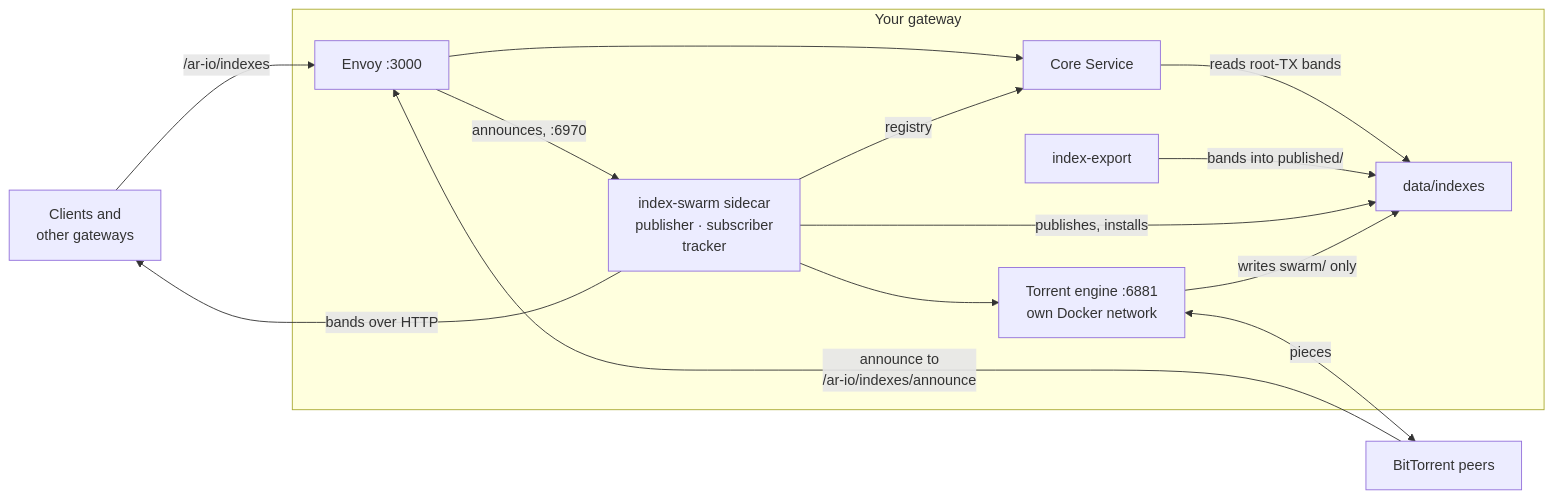
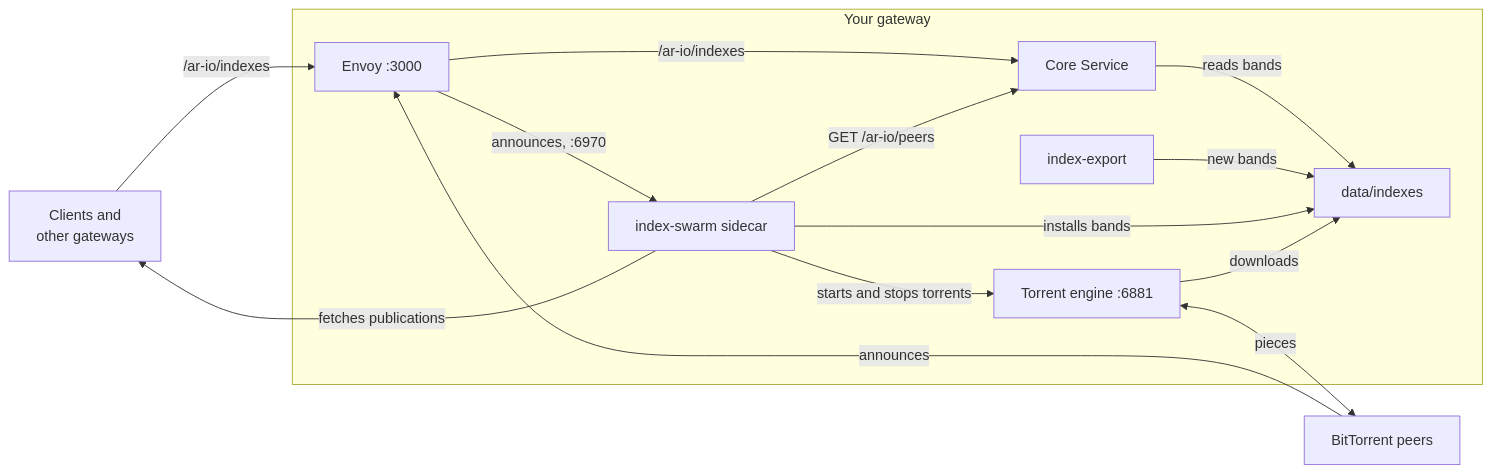
Before and after one commit to ar-io/docs: the first of 2 diagrams in content/build/run-a-gateway/manage/index-sharing.mdx, drawn with Mermaid. The commit also changed other lines of this file and 25 other files, not shown here.

````diff
--- a/content/build/run-a-gateway/manage/index-sharing.mdx
+++ b/content/build/run-a-gateway/manage/index-sharing.mdx
@@ -85,35 +85,36 @@
 ```mermaid
 graph LR
+    accTitle: The sidecar fetches and installs bands, core reads them, and only the sidecar talks to the torrent engine
+    accDescr: Envoy sends index requests to core and tracker announces to the sidecar. The sidecar reads registry entries from core, fetches publications and bands from other gateways over HTTP, drives the torrent engine, and installs verified bands into data/indexes. The engine exchanges pieces with BitTorrent peers and writes downloads into data/indexes. Core reads published and installed bands from that directory, and index-export, on a publisher, writes new bands into it.
     NET[Clients and<br/>other gateways]
     PEERS[BitTorrent peers]
 
     subgraph Host ["Your gateway"]
         ENVOY[Envoy :3000]
         CORE[Core Service]
-        SIDE[index-swarm sidecar<br/>publisher · subscriber<br/>tracker]
-        ENG[Torrent engine :6881<br/>own Docker network]
+        SIDE[index-swarm sidecar]
+        ENG[Torrent engine :6881]
         EXP[index-export]
         DIR[data/indexes]
     end
 
     NET -->|/ar-io/indexes| ENVOY
-    ENVOY --> CORE
-    CORE -->|reads root-TX bands| DIR
-    EXP -->|bands into published/| DIR
-    SIDE -->|publishes, installs| DIR
-    SIDE -->|registry| CORE
-    SIDE -->|bands over HTTP| NET
-    SIDE --> ENG
-    ENG -->|writes swarm/ only| DIR
+    ENVOY -->|/ar-io/indexes| CORE
+    CORE -->|reads bands| DIR
+    EXP -->|new bands| DIR
+    SIDE -->|installs bands| DIR
+    SIDE -->|GET /ar-io/peers| CORE
+    SIDE -->|fetches publications| NET
+    SIDE -->|starts and stops torrents| ENG
+    ENG -->|downloads| DIR
     ENG <-->|pieces| PEERS
-    PEERS -->|announce to<br/>/ar-io/indexes/announce| ENVOY
+    PEERS -->|announces| ENVOY
     ENVOY -->|announces, :6970| SIDE
 
-
-    class CORE,SIDE dg-strong
-    class ENG,EXP dg-strong
+    class SIDE dg-strong
+    class CORE,DIR dg-soft
+    class ENG,EXP dg-soft
     class ENG,EXP dg-dashed
     class ENVOY dg-muted
     class NET,PEERS dg-muted
-    class DIR dg-soft
 ```
````
